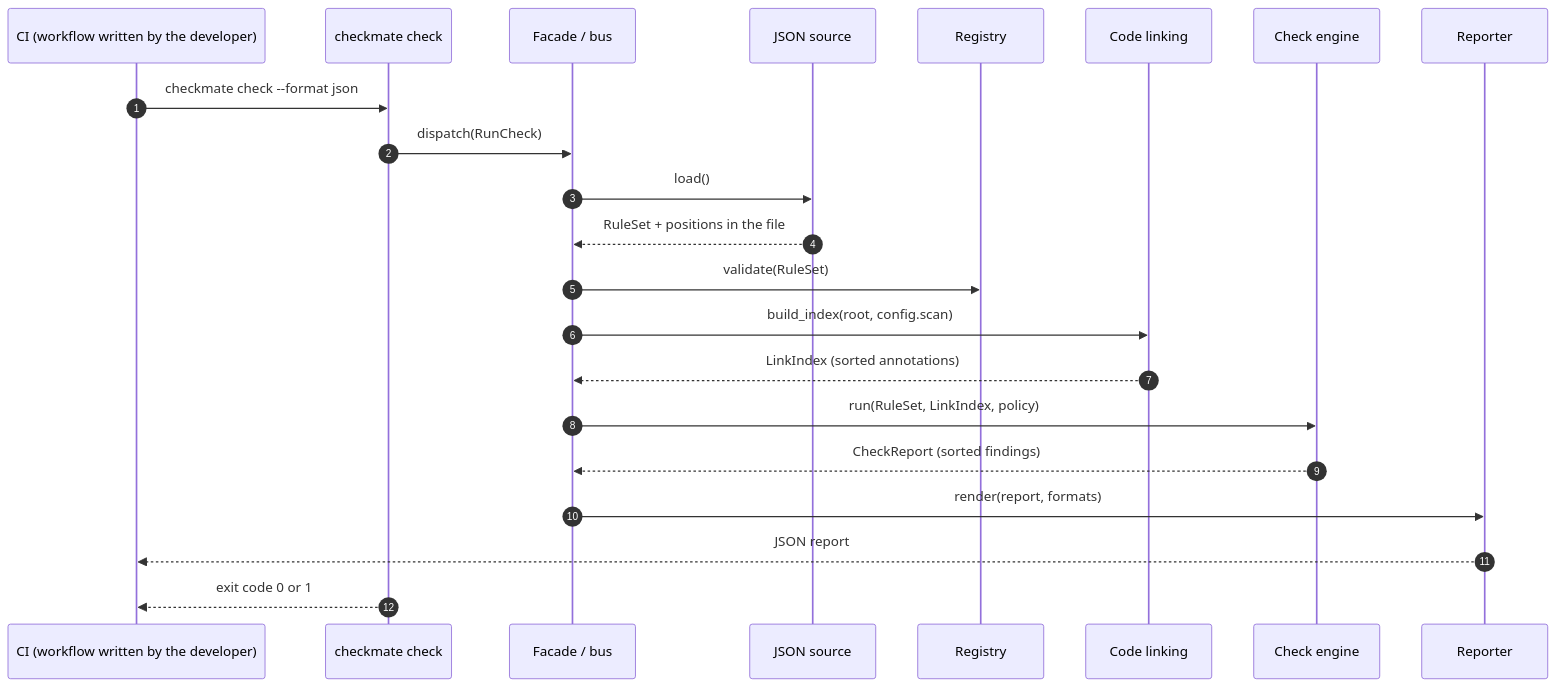
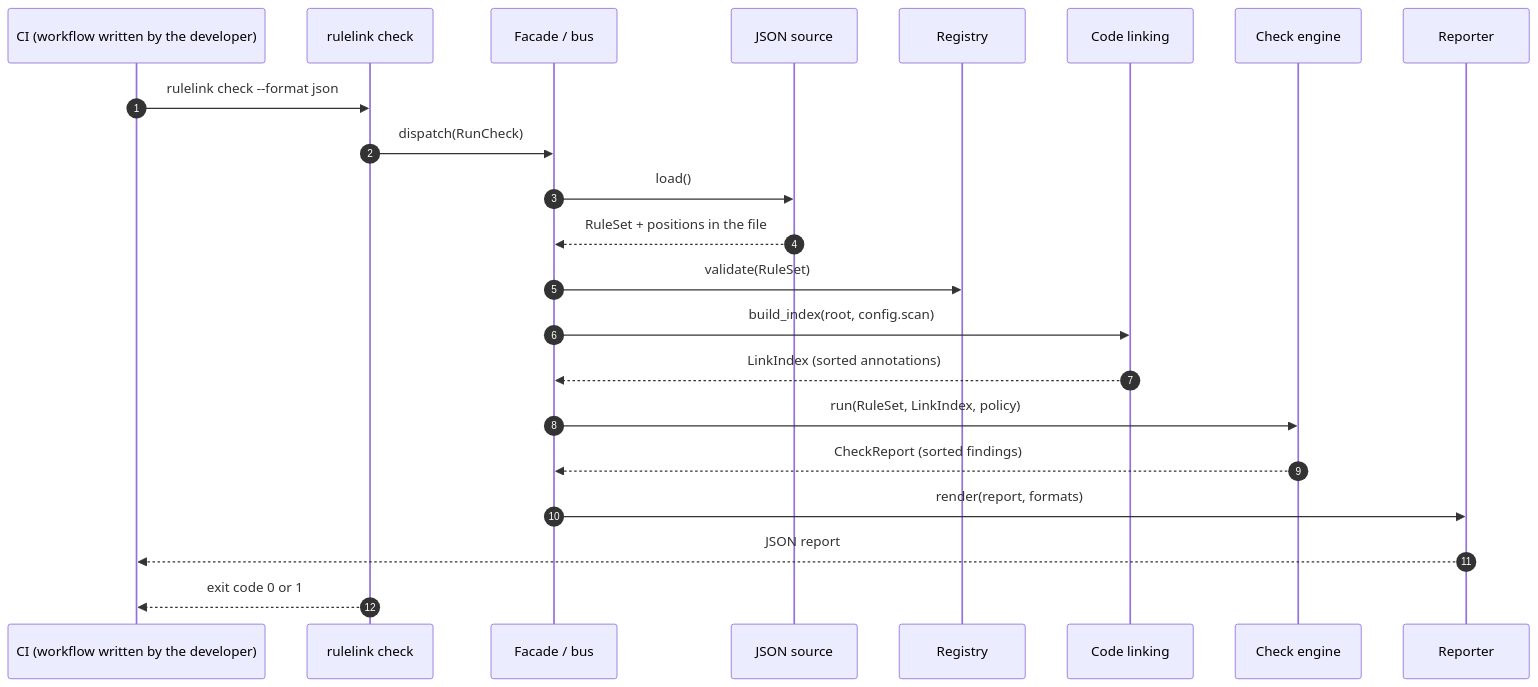
One commit to E-Jacques/Rulelink changed the fourth of 7 diagrams in docs/architecture/00-global-architecture.md. Above: the diagram before and after it, drawn with Mermaid. The commit also changed other lines of this file and 126 other files, not shown here.

First line of the commit message:
chore: rename the project from Checkmate to Rulelink (#6)

````diff
--- a/docs/architecture/00-global-architecture.md
+++ b/docs/architecture/00-global-architecture.md
@@ -240,25 +240,25 @@
 ```mermaid
 sequenceDiagram
     autonumber
     participant CI as CI (workflow written by the developer)
-    participant CLI as checkmate check
+    participant CLI as rulelink check
     participant APP as Facade / bus
     participant SRC as JSON source
     participant REG as Registry
     participant LNK as Code linking
     participant CHK as Check engine
     participant REP as Reporter
 
-    CI->>CLI: checkmate check --format json
+    CI->>CLI: rulelink check --format json
     CLI->>APP: dispatch(RunCheck)
     APP->>SRC: load()
     SRC-->>APP: RuleSet + positions in the file
     APP->>REG: validate(RuleSet)
     APP->>LNK: build_index(root, config.scan)
     LNK-->>APP: LinkIndex (sorted annotations)
     APP->>CHK: run(RuleSet, LinkIndex, policy)
     CHK-->>APP: CheckReport (sorted findings)
     APP->>REP: render(report, formats)
     REP-->>CI: JSON report
     CLI-->>CI: exit code 0 or 1
 ```
````
